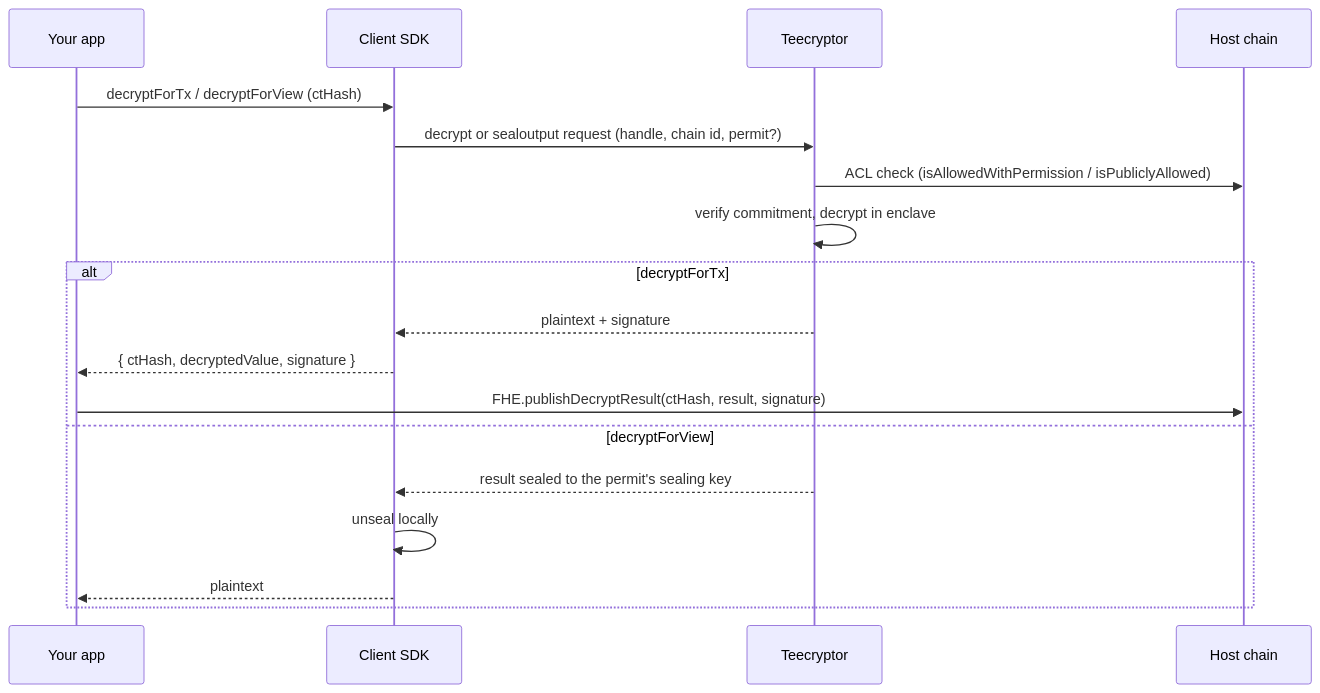
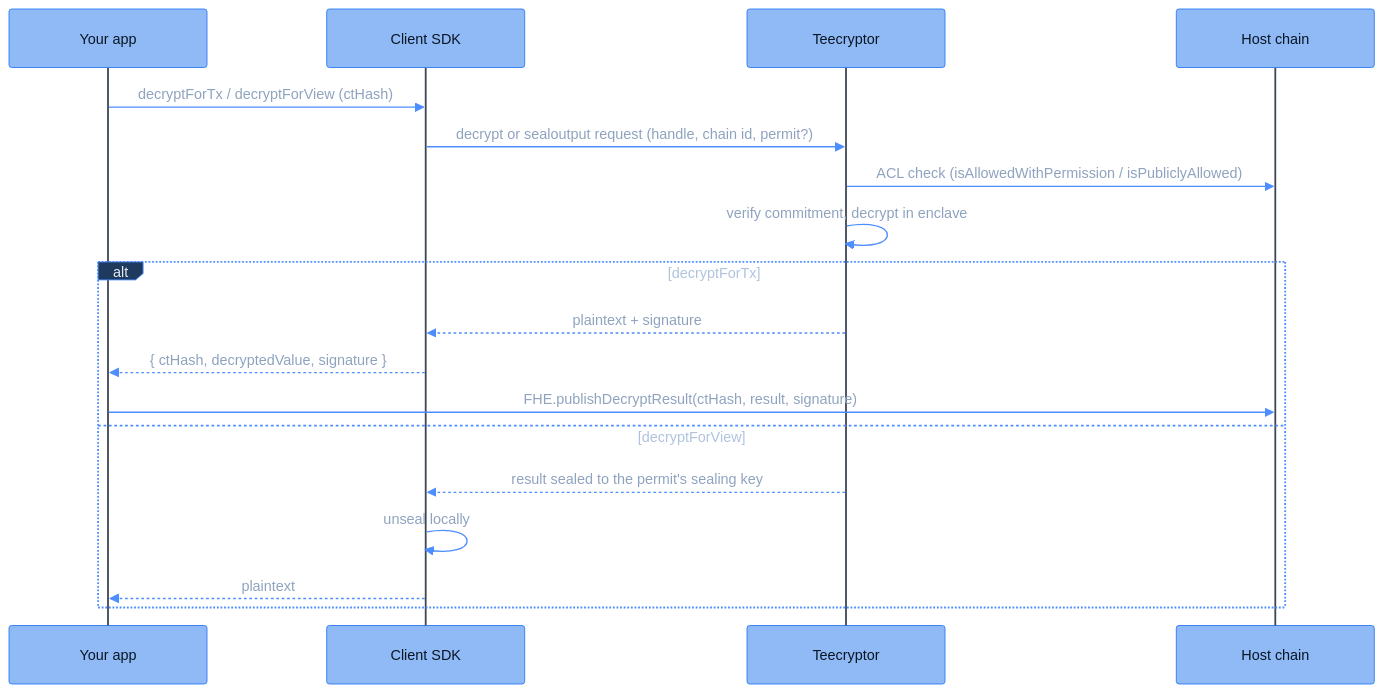
The diagram in deep-dive/data-flows/off-chain-decryption-flow.mdx (FhenixProtocol/fhenix-developer-docs), drawn with Mermaid before and after one commit. The commit also changed 8 other files, not shown here.

Commit message:
[DOCS] deep-dive: Mermaid house theme matching the diagram design system, stamped by scripts/sync-mermaid-theme.py

````diff
--- a/deep-dive/data-flows/off-chain-decryption-flow.mdx
+++ b/deep-dive/data-flows/off-chain-decryption-flow.mdx
@@ -163,21 +163,22 @@
 ```mermaid
+%%{init: {"theme": "base", "themeVariables": {"fontFamily": "Menlo, Monaco, Consolas, monospace", "fontSize": "13px", "primaryColor": "#8FBAF5", "primaryBorderColor": "#2E7CF6", "primaryTextColor": "#0A1626", "lineColor": "#4C8DFF", "signalColor": "#4C8DFF", "signalTextColor": "#8FA3BF", "actorBkg": "#8FBAF5", "actorBorder": "#2E7CF6", "actorTextColor": "#0A1626", "actorLineColor": "#3D4654", "noteBkgColor": "#14171C", "noteBorderColor": "#3D4654", "noteTextColor": "#AFC3DE", "activationBkgColor": "#1E3A5F", "activationBorderColor": "#4C8DFF", "clusterBkg": "#14171C", "clusterBorder": "#3D4654", "titleColor": "#E7EAEE", "edgeLabelBackground": "#8FBAF5", "textColor": "#AFC3DE", "labelTextColor": "#E7EAEE", "tertiaryColor": "#14171C", "loopTextColor": "#AFC3DE", "labelBoxBkgColor": "#1E3A5F", "labelBoxBorderColor": "#4C8DFF"}, "sequence": {"actorFontFamily": "Menlo, Monaco, Consolas, monospace", "messageFontFamily": "Menlo, Monaco, Consolas, monospace", "noteFontFamily": "Menlo, Monaco, Consolas, monospace", "width": 220}}}%%
 sequenceDiagram
     participant App as Your app
     participant SDK as Client SDK
     participant Teecryptor
     participant Chain as Host chain
 
     App->>SDK: decryptForTx / decryptForView (ctHash)
     SDK->>Teecryptor: decrypt or sealoutput request (handle, chain id, permit?)
     Teecryptor->>Chain: ACL check (isAllowedWithPermission / isPubliclyAllowed)
     Teecryptor->>Teecryptor: verify commitment, decrypt in enclave
     alt decryptForTx
         Teecryptor-->>SDK: plaintext + signature
         SDK-->>App: { ctHash, decryptedValue, signature }
         App->>Chain: FHE.publishDecryptResult(ctHash, result, signature)
     else decryptForView
         Teecryptor-->>SDK: result sealed to the permit's sealing key
         SDK->>SDK: unseal locally
         SDK-->>App: plaintext
     end
 ```
````
